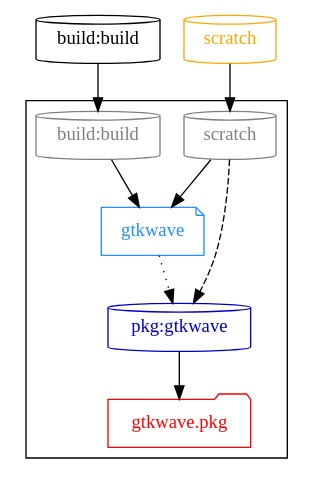
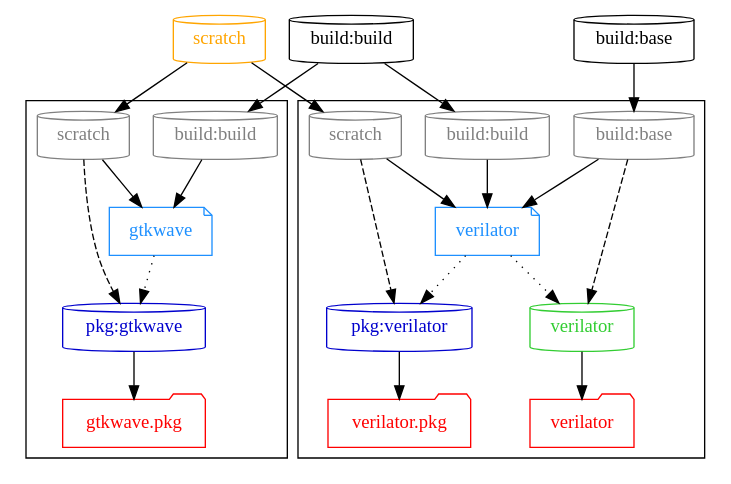
One commit to hdl/containers changed the diagram in graph/sim.dot. Above: the diagram before and after it, drawn with Graphviz. The commit also changed 8 other files, not shown here.

```diff
--- a/graph/sim.dot
+++ b/graph/sim.dot
@@ -1,78 +1,117 @@
 # Authors:
 #   Unai Martinez-Corral
 #
 # Copyright 2019-2021 Unai Martinez-Corral <unai.martinezcorral@ehu.eus>
 #
 # Licensed under the Apache License, Version 2.0 (the "License");
 # you may not use this file except in compliance with the License.
 # You may obtain a copy of the License at
 #
 #     http://www.apache.org/licenses/LICENSE-2.0
 #
 # Unless required by applicable law or agreed to in writing, software
 # distributed under the License is distributed on an "AS IS" BASIS,
 # WITHOUT WARRANTIES OR CONDITIONS OF ANY KIND, either express or implied.
 # See the License for the specific language governing permissions and
 # limitations under the License.
 #
 # SPDX-License-Identifier: Apache-2.0
 
 digraph G {
 
   #splines=polyline; #curved
   newrank=true;
 
   # Dockerfiles
 
   { node [shape=note, color=dodgerblue, fontcolor=dodgerblue]
-    d_gtkwave  [label="gtkwave"];
+    d_gtkwave   [label="gtkwave"];
+    d_verilator [label="verilator"];
   }
 
   # Images
 
   { node [shape=cylinder]
     "build:build"
+    "build:base"
+    { node [color=limegreen, fontcolor=limegreen]
+      "verilator"
+    }
     { node [color=mediumblue, fontcolor=mediumblue]
       "pkg:gtkwave"
+      "pkg:verilator"
     }
   }
 
   # External images
 
   { node [shape=cylinder, color=orange, fontcolor=orange]
     "scratch"
   }
 
   { rank=same
     "build:build"
+    "build:base"
     "scratch"
   }
 
   # Workflows
 
   subgraph cluster_gtkwave {
     { rank=same
       node [shape=cylinder, color=grey, fontcolor=grey]
       "p_gtkwave_build:build" [label="build:build"]
       "p_gtkwave_scratch" [label="scratch"]
     }
 
     d_gtkwave -> "pkg:gtkwave" [style=dotted];
 
     "t_pkg:gtkwave" [shape=folder, color=red, fontcolor=red, label="gtkwave.pkg"];
 
     "pkg:gtkwave" -> "t_pkg:gtkwave";
   }
 
+  subgraph cluster_verilator {
+    { rank=same
+      node [shape=cylinder, color=grey, fontcolor=grey]
+      "p_verilator_build:build" [label="build:build"]
+      "p_verilator_build:base" [label="build:base"]
+      "p_verilator_scratch" [label="scratch"]
+    }
+
+    d_verilator -> {
+      "verilator"
+      "pkg:verilator"
+    } [style=dotted];
+
+    {
+      node [shape=folder, color=red, fontcolor=red]
+      "t_verilator" [label="verilator"];
+      "t_pkg:verilator" [label="verilator.pkg"];
+    }
+
+    "verilator" -> "t_verilator";
+    "pkg:verilator" -> "t_pkg:verilator";
+  }
+
   # Dockerfile dependencies
 
   "build:build" -> "p_gtkwave_build:build" -> d_gtkwave;
   "scratch" -> "p_gtkwave_scratch" -> d_gtkwave;
+
+  "build:build" -> "p_verilator_build:build" -> d_verilator;
+  "build:base" -> "p_verilator_build:base" -> d_verilator;
+  "scratch" -> "p_verilator_scratch" -> d_verilator;
 
   # Image dependencies
 
   { edge [style=dashed]
     "p_gtkwave_scratch" -> "pkg:gtkwave";
   }
 
+  { edge [style=dashed]
+    "p_verilator_build:base" -> "verilator";
+    "p_verilator_scratch" -> "pkg:verilator";
+  }
+
 }
```
